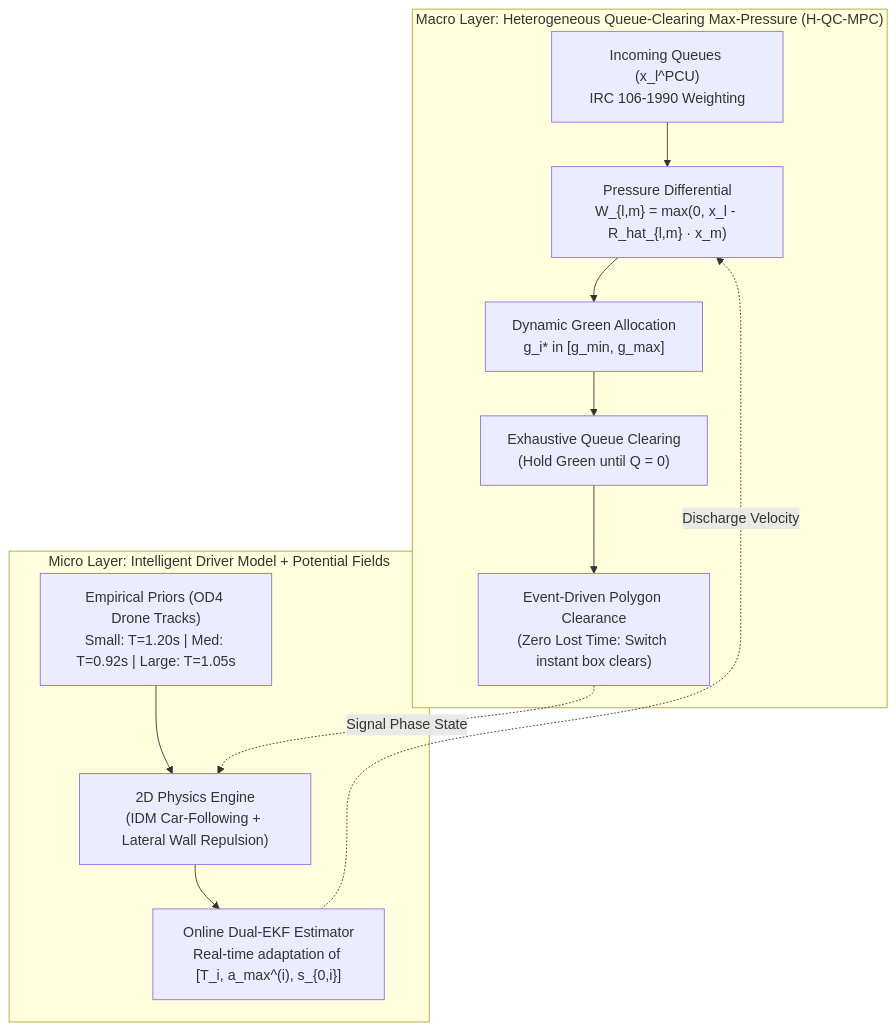
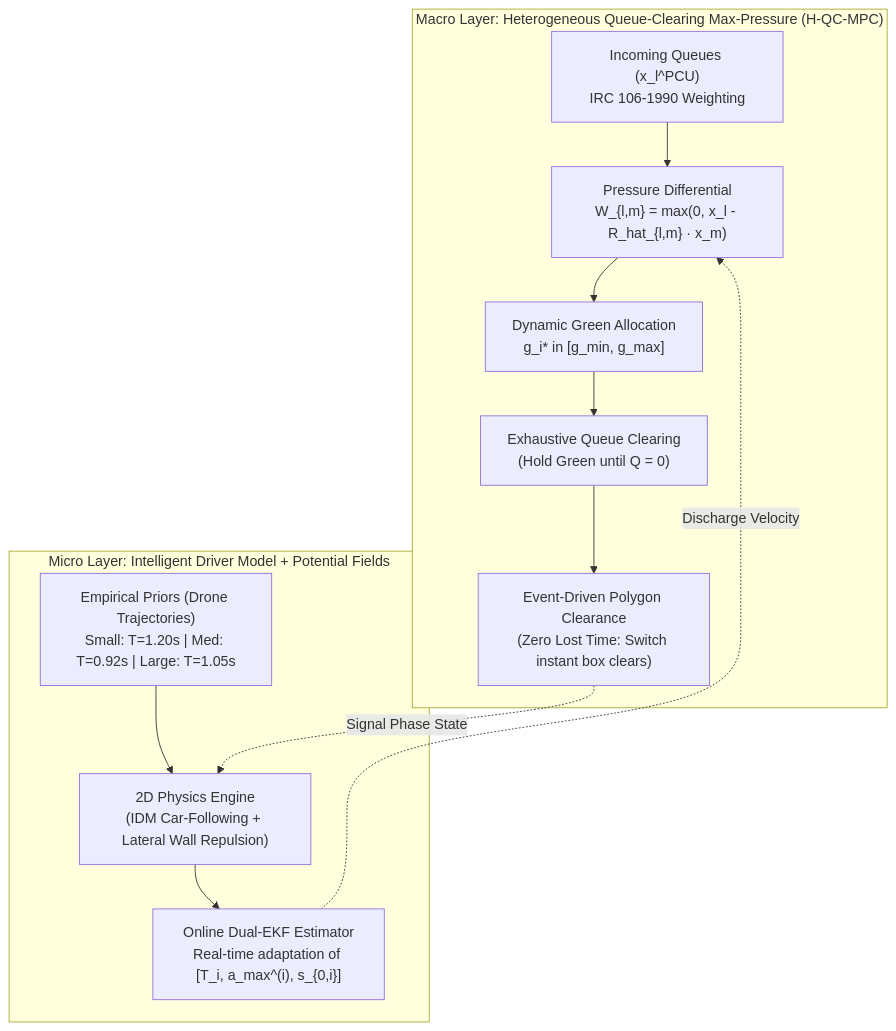
The diagram in README.md (Sharkyii/Hetero-Traffic-Control), drawn with Mermaid before and after one commit. The commit also changed other lines of this file and 306 other files, not shown here.

````diff
--- a/README.md
+++ b/README.md
@@ -16,17 +16,17 @@
 ```mermaid
 flowchart TD
     subgraph Macro ["Macro Layer: Heterogeneous Queue-Clearing Max-Pressure (H-QC-MPC)"]
         A["Incoming Queues (x_l^PCU)<br>IRC 106-1990 Weighting"] --> B["Pressure Differential<br>W_{l,m} = max(0, x_l - R_hat_{l,m} · x_m)"]
         B --> C["Dynamic Green Allocation<br>g_i* in [g_min, g_max]"]
         C --> D["Exhaustive Queue Clearing<br>(Hold Green until Q = 0)"]
         D --> E["Event-Driven Polygon Clearance<br>(Zero Lost Time: Switch instant box clears)"]
     end
 
     subgraph Micro ["Micro Layer: Intelligent Driver Model + Potential Fields"]
-        F["Empirical Priors (OD4 Drone Tracks)<br>Small: T=1.20s | Med: T=0.92s | Large: T=1.05s"] --> G["2D Physics Engine<br>(IDM Car-Following + Lateral Wall Repulsion)"]
+        F["Empirical Priors (Drone Trajectories)<br>Small: T=1.20s | Med: T=0.92s | Large: T=1.05s"] --> G["2D Physics Engine<br>(IDM Car-Following + Lateral Wall Repulsion)"]
         G --> H["Online Dual-EKF Estimator<br>Real-time adaptation of [T_i, a_max^(i), s_{0,i}]"]
     end
 
     E -.->|Signal Phase State| G
     H -.->|Discharge Velocity| B
 ```
````
